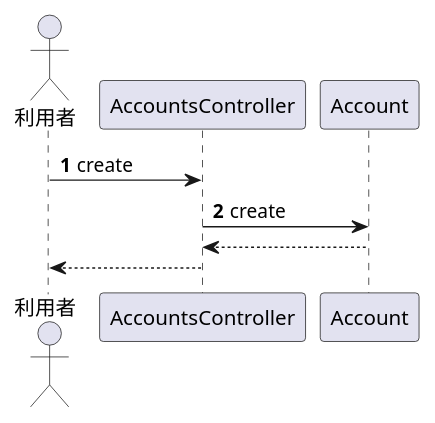
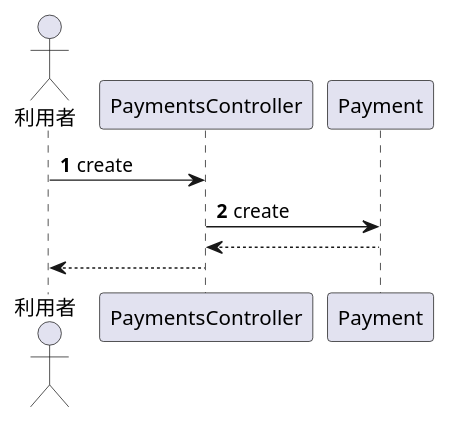
The third of 8 diagrams in algieba/sphinx/internal.rst (Leonis0813/chort), drawn with PlantUML before and after one commit. The commit also changed other lines of this file and 2 other files, not shown here.

```diff
--- a/algieba/sphinx/internal.rst
+++ b/algieba/sphinx/internal.rst
@@ -183,11 +183,11 @@
 .. uml::
 
    autonumber
 
    actor 利用者
-   利用者 -> AccountsController : create
-   AccountsController -> Account : create
+   利用者 -> PaymentsController : create
+   PaymentsController -> Payment : create
 
    autonumber stop
-   Account --> AccountsController
-   AccountsController --> 利用者
+   Payment --> PaymentsController
+   PaymentsController --> 利用者
```
